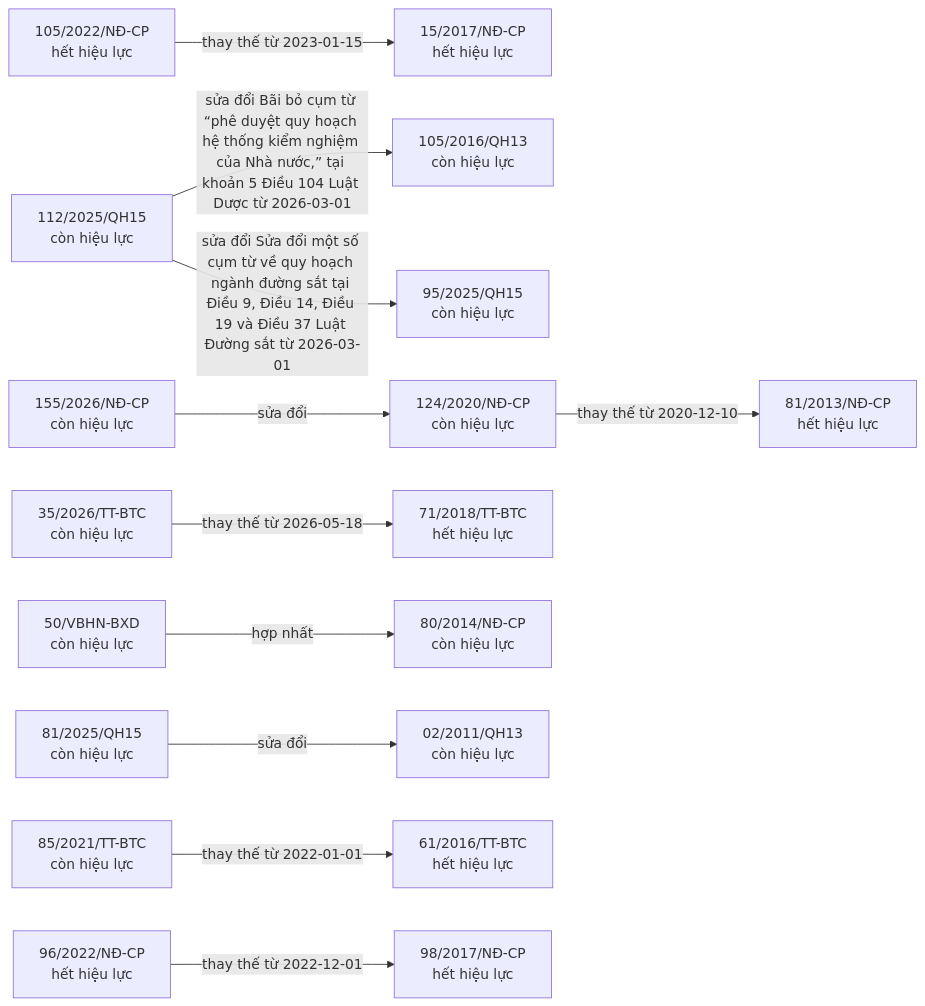
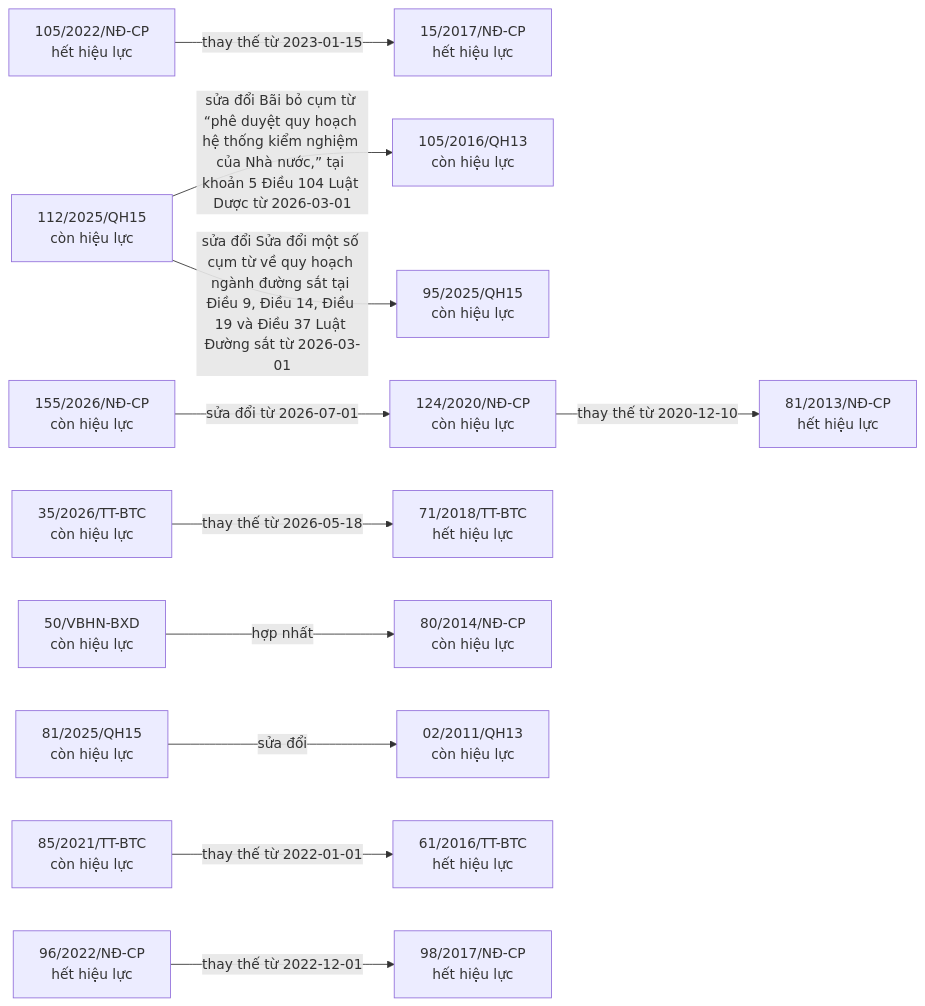
Before and after one commit to ozvietnam/oz-wiki-plhq: the first of 9 diagrams in bao-cao/quan-he.md, drawn with Mermaid. The commit also changed other lines of this file and 2 other files, not shown here.

````diff
--- a/bao-cao/quan-he.md
+++ b/bao-cao/quan-he.md
@@ -7,31 +7,31 @@
 ```mermaid
 flowchart LR
   n_105_2022_N__CP["105/2022/NĐ-CP<br/>hết hiệu lực"]
   n_15_2017_N__CP["15/2017/NĐ-CP<br/>hết hiệu lực"]
   n_112_2025_QH15["112/2025/QH15<br/>còn hiệu lực"]
   n_105_2016_QH13["105/2016/QH13<br/>còn hiệu lực"]
   n_95_2025_QH15["95/2025/QH15<br/>còn hiệu lực"]
   n_124_2020_N__CP["124/2020/NĐ-CP<br/>còn hiệu lực"]
   n_81_2013_N__CP["81/2013/NĐ-CP<br/>hết hiệu lực"]
   n_155_2026_N__CP["155/2026/NĐ-CP<br/>còn hiệu lực"]
   n_35_2026_TT_BTC["35/2026/TT-BTC<br/>còn hiệu lực"]
   n_71_2018_TT_BTC["71/2018/TT-BTC<br/>hết hiệu lực"]
   n_50_VBHN_BXD["50/VBHN-BXD<br/>còn hiệu lực"]
   n_80_2014_N__CP["80/2014/NĐ-CP<br/>còn hiệu lực"]
   n_81_2025_QH15["81/2025/QH15<br/>còn hiệu lực"]
   n_02_2011_QH13["02/2011/QH13<br/>còn hiệu lực"]
   n_85_2021_TT_BTC["85/2021/TT-BTC<br/>còn hiệu lực"]
   n_61_2016_TT_BTC["61/2016/TT-BTC<br/>hết hiệu lực"]
   n_96_2022_N__CP["96/2022/NĐ-CP<br/>hết hiệu lực"]
   n_98_2017_N__CP["98/2017/NĐ-CP<br/>hết hiệu lực"]
   n_105_2022_N__CP -->|thay thế từ 2023-01-15| n_15_2017_N__CP
   n_112_2025_QH15 -->|sửa đổi Bãi bỏ cụm từ “phê duyệt quy hoạch hệ thống kiểm nghiệm của Nhà nước,” tại khoản 5 Điều 104 Luật Dược từ 2026-03-01| n_105_2016_QH13
   n_112_2025_QH15 -->|sửa đổi Sửa đổi một số cụm từ về quy hoạch ngành đường sắt tại Điều 9, Điều 14, Điều 19 và Điều 37 Luật Đường sắt từ 2026-03-01| n_95_2025_QH15
   n_124_2020_N__CP -->|thay thế từ 2020-12-10| n_81_2013_N__CP
-  n_155_2026_N__CP -->|sửa đổi| n_124_2020_N__CP
+  n_155_2026_N__CP -->|sửa đổi từ 2026-07-01| n_124_2020_N__CP
   n_35_2026_TT_BTC -->|thay thế từ 2026-05-18| n_71_2018_TT_BTC
   n_50_VBHN_BXD -->|hợp nhất| n_80_2014_N__CP
   n_81_2025_QH15 -->|sửa đổi| n_02_2011_QH13
   n_85_2021_TT_BTC -->|thay thế từ 2022-01-01| n_61_2016_TT_BTC
   n_96_2022_N__CP -->|thay thế từ 2022-12-01| n_98_2017_N__CP
 ```
````
